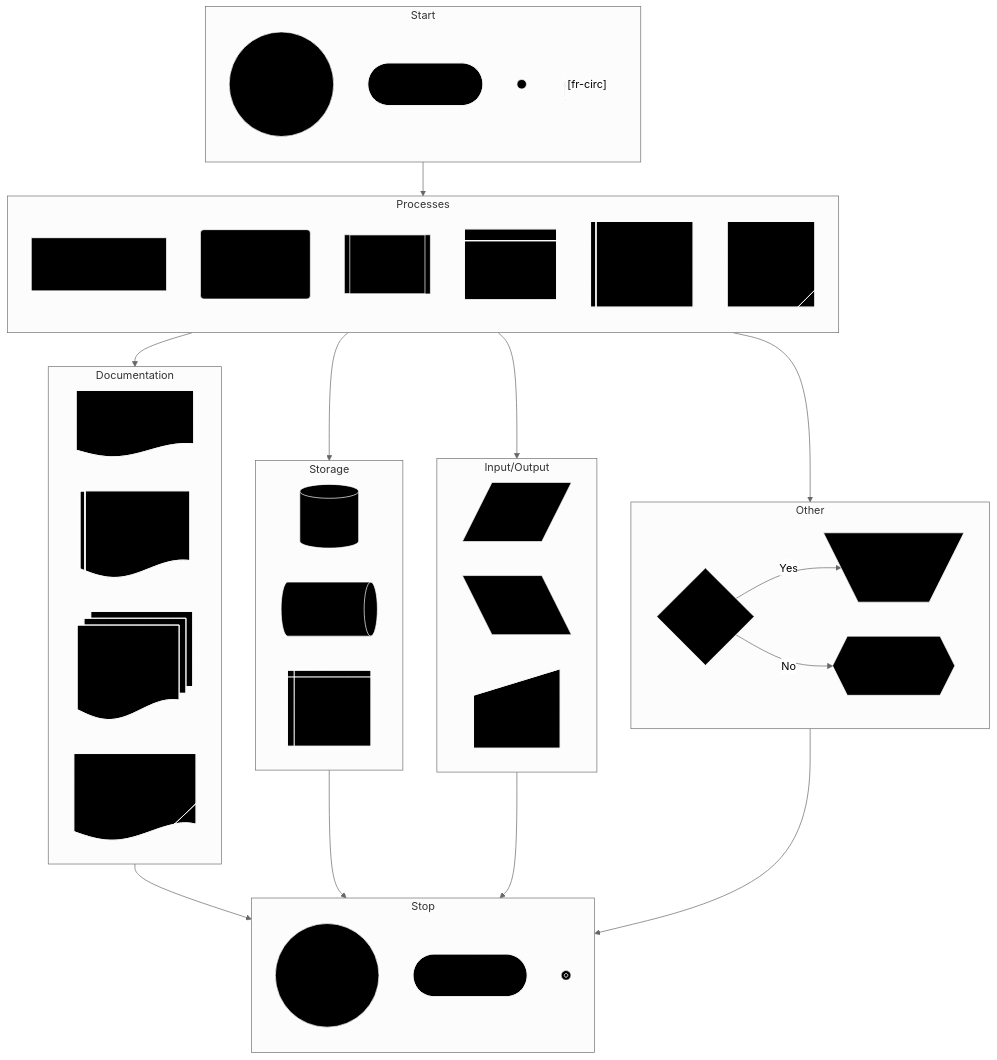
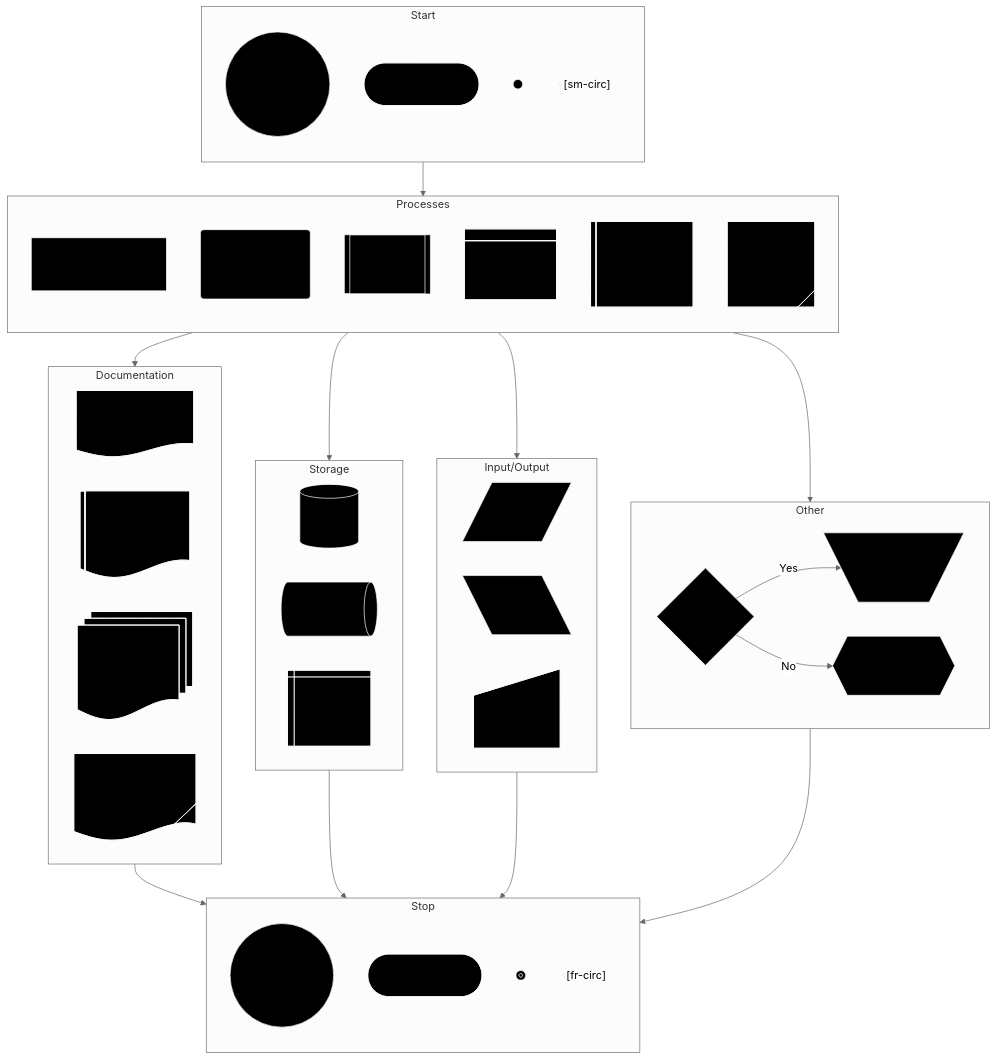
One commit to APrettyCoolProgram/aprettycoolprogram changed the first of 3 diagrams in profile/mermaid/mermaid-shapes-workflows.md. Above: the diagram before and after it, drawn with Mermaid (neutral theme).

```diff
--- a/profile/mermaid/mermaid-shapes-workflows.md
+++ b/profile/mermaid/mermaid-shapes-workflows.md
@@ -11,7 +11,7 @@
         Start@{shape: circle, label: "Start the workflow\n[circle]"}
         TerminalStart@{shape: stadium, label: "Start the workflow\n[stadium]"}
         StartSmall@{shape: sm-circ, label: "Start the workflow\n[sm-circ]"}
-        Comment@{shape: brace, label: "[sm-circ]"}
+        StartComment@{shape: brace, label: "[sm-circ]"}
         %% Layout : none
         %% Styles : global
     end
@@ -78,7 +78,7 @@
         Stop@{shape: circle, label: "Stop the workflow\n[circle]"}
         TerminalStop@{shape: stadium, label: "Stop the workflow\n[stadium]"}
         StopSmall@{shape: fr-circ, label: "Stop the workflow\n[fr-circ]"}
-        Comment@{shape: brace, label: "[fr-circ]"}
+        StopComment@{shape: brace, label: "[fr-circ]"}
         %% Layout : none
         %% Styles : global
     end
```
